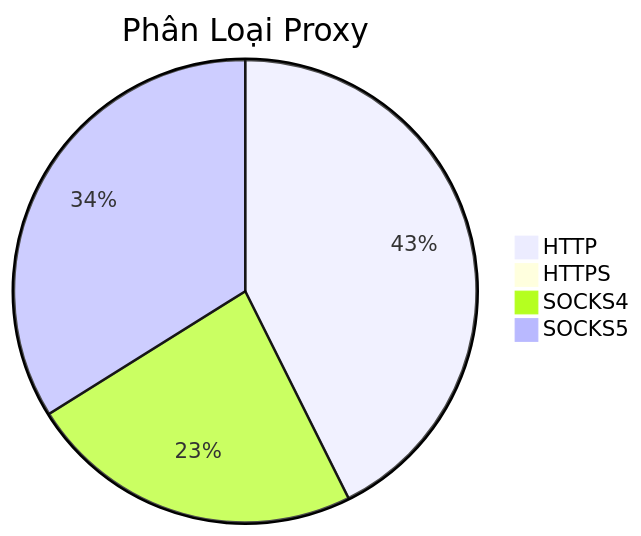
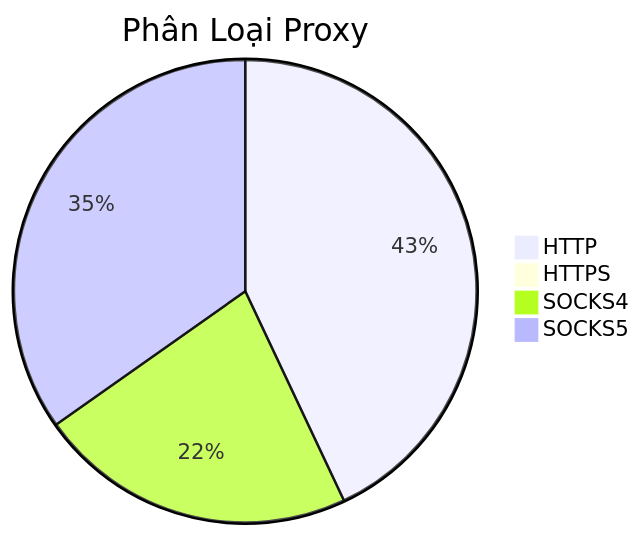
One commit to Ciara-12/PROXY-free changed the diagram in README.md. Above: the diagram before and after it, drawn with Mermaid. The commit also changed other lines of this file and 3 other files, not shown here.

````diff
--- a/README.md
+++ b/README.md
@@ -26,7 +26,7 @@
 ```mermaid
 pie title Phân Loại Proxy
-    "HTTP" : 356
+    "HTTP" : 377
     "HTTPS" : 0
-    "SOCKS4" : 196
-    "SOCKS5" : 283
+    "SOCKS4" : 195
+    "SOCKS5" : 305
 ```
````
